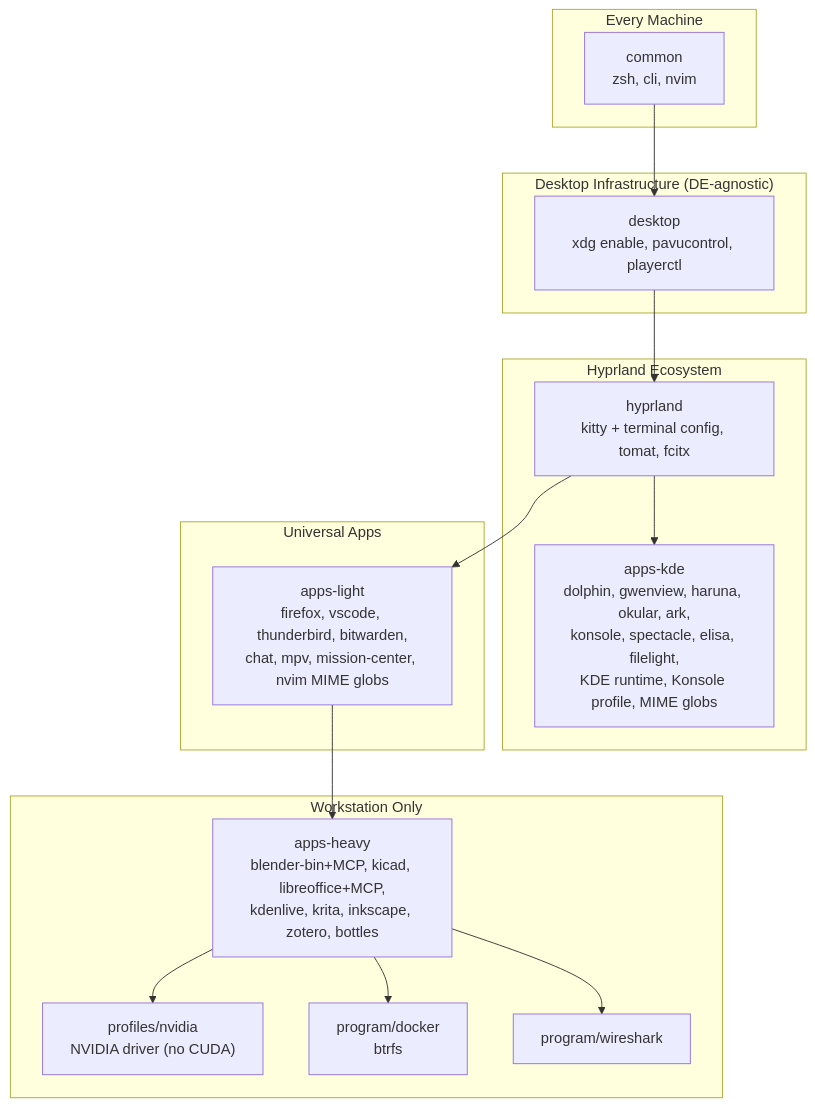
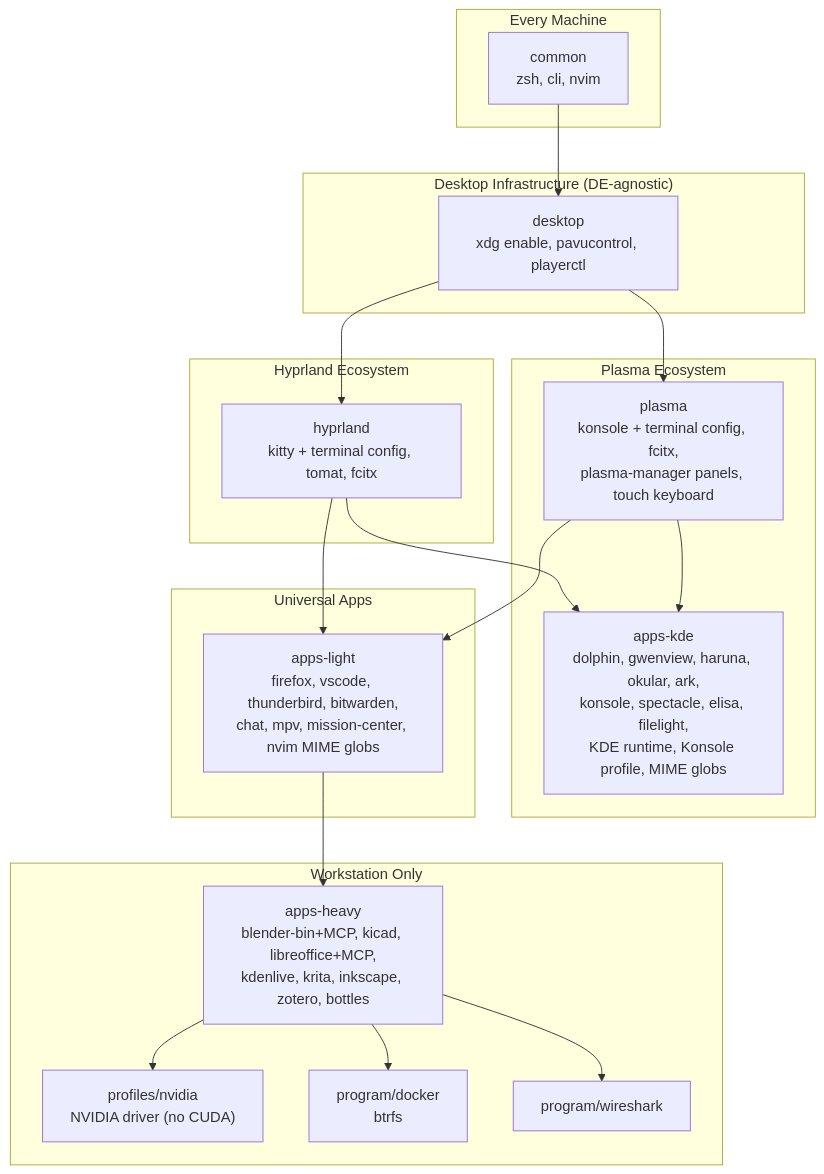
The first of 4 diagrams in docs/ARCHITECTURE.md (vixhentx/nixos), drawn with Mermaid before and after one commit. The commit also changed other lines of this file and 10 other files, not shown here.

````diff
--- a/docs/ARCHITECTURE.md
+++ b/docs/ARCHITECTURE.md
@@ -5,35 +5,42 @@
 ```mermaid
 graph TD
     subgraph "Every Machine"
         common["common<br/>zsh, cli, nvim"]
     end
 
     subgraph "Desktop Infrastructure (DE-agnostic)"
         desktop["desktop<br/>xdg enable, pavucontrol, playerctl"]
     end
 
     subgraph "Hyprland Ecosystem"
         hyprland["hyprland<br/>kitty + terminal config, tomat, fcitx"]
+    end
+
+    subgraph "Plasma Ecosystem"
+        plasma["plasma<br/>konsole + terminal config, fcitx,<br/>plasma-manager panels, touch keyboard"]
         apps_kde["apps-kde<br/>dolphin, gwenview, haruna, okular, ark,<br/>konsole, spectacle, elisa, filelight,<br/>KDE runtime, Konsole profile, MIME globs"]
     end
 
     subgraph "Universal Apps"
         apps_light["apps-light<br/>firefox, vscode, thunderbird, bitwarden,<br/>chat, mpv, mission-center, nvim MIME globs"]
     end
 
     subgraph "Workstation Only"
         apps_heavy["apps-heavy<br/>blender-bin+MCP, kicad, libreoffice+MCP,<br/>kdenlive, krita, inkscape, zotero, bottles"]
         nvidia["profiles/nvidia<br/>NVIDIA driver (no CUDA)"]
         docker["program/docker<br/>btrfs"]
         wireshark["program/wireshark"]
     end
 
     common --> desktop
     desktop --> hyprland
+    desktop --> plasma
     hyprland --> apps_kde
     hyprland --> apps_light
+    plasma --> apps_kde
+    plasma --> apps_light
     apps_light --> apps_heavy
     apps_heavy --> nvidia
     apps_heavy --> docker
     apps_heavy --> wireshark
 ```
````
